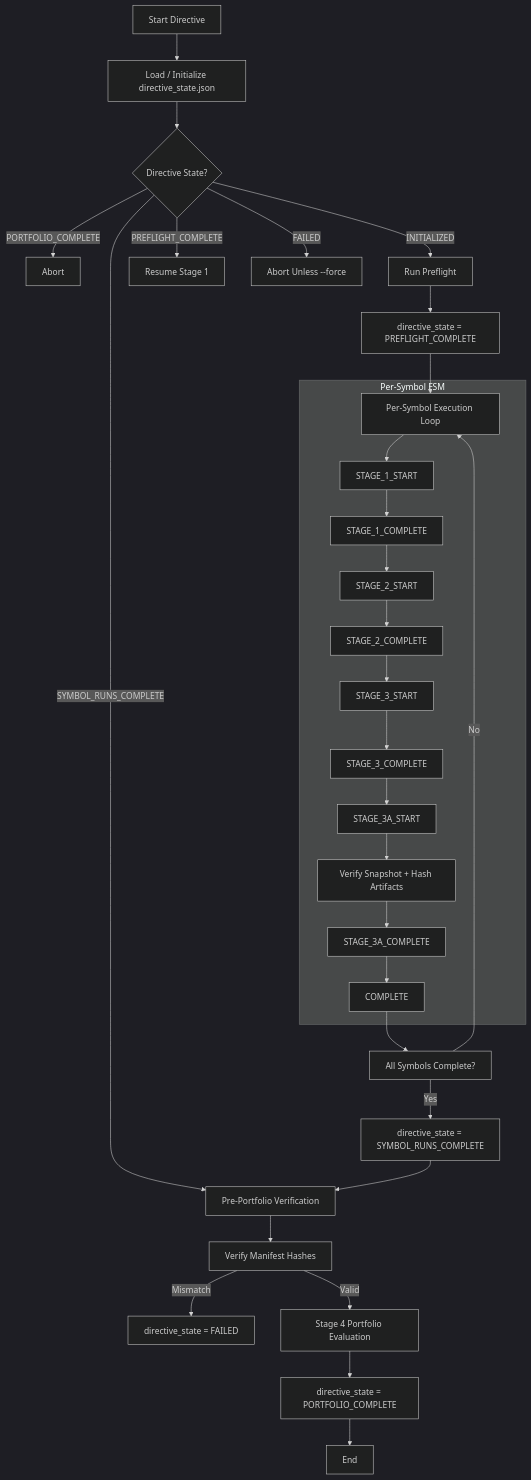
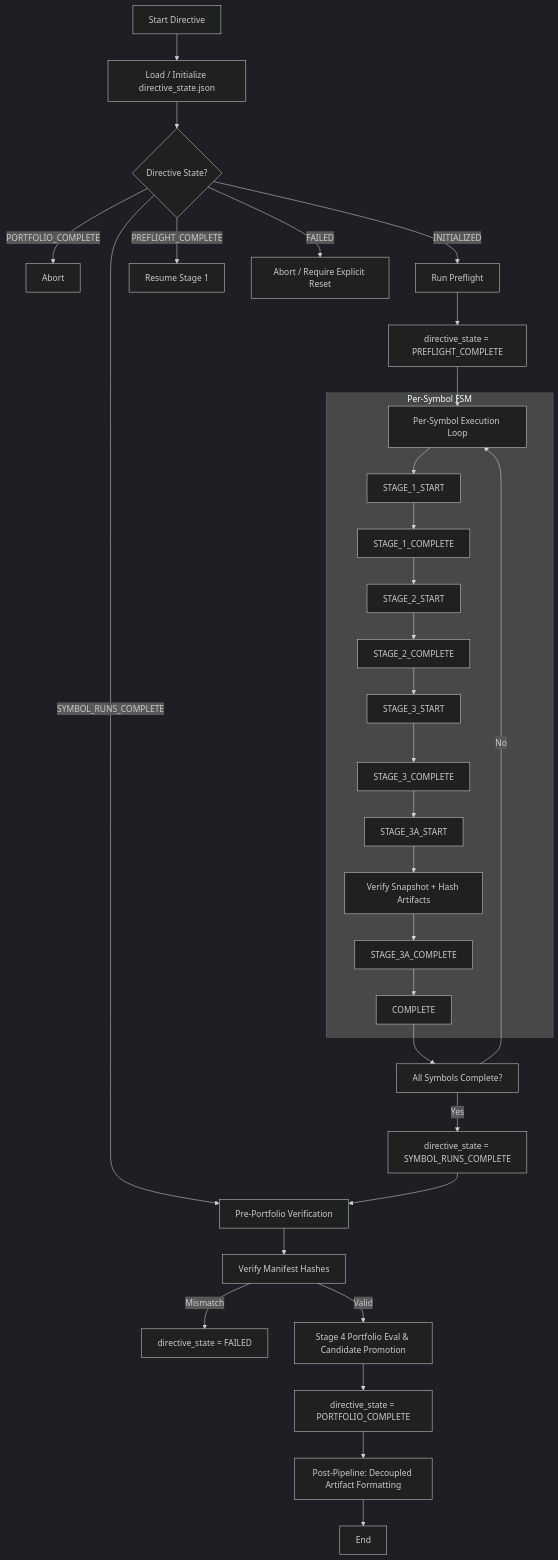
The diagram in outputs/system_reports/01_system_architecture/pipeline_flow.md (kitealert7-source/Trade-Scan-), drawn with Mermaid (dark theme) before and after one commit. The commit also changed other lines of this file and 164 other files, not shown here.

````diff
--- a/outputs/system_reports/01_system_architecture/pipeline_flow.md
+++ b/outputs/system_reports/01_system_architecture/pipeline_flow.md
@@ -3,43 +3,44 @@
 ``` mermaid
 flowchart TD
 
     A[Start Directive] --> B[Load / Initialize directive_state.json]
     B --> C{Directive State?}
 
     C -->|PORTFOLIO_COMPLETE| Z1[Abort]
     C -->|INITIALIZED| D[Run Preflight]
     C -->|PREFLIGHT_COMPLETE| E[Resume Stage 1]
     C -->|SYMBOL_RUNS_COMPLETE| P[Go to Stage 4]
-    C -->|FAILED| Z2[Abort Unless --force]
+    C -->|FAILED| Z2[Abort / Require Explicit Reset]
 
     D --> D1[directive_state = PREFLIGHT_COMPLETE]
 
     D1 --> F[Per-Symbol Execution Loop]
 
     subgraph SYMBOL_EXECUTION [Per-Symbol FSM]
         F --> S1[STAGE_1_START]
         S1 --> S2[STAGE_1_COMPLETE]
         S2 --> S3[STAGE_2_START]
         S3 --> S4[STAGE_2_COMPLETE]
         S4 --> S5[STAGE_3_START]
         S5 --> S6[STAGE_3_COMPLETE]
         S6 --> S7[STAGE_3A_START]
         S7 --> S8[Verify Snapshot + Hash Artifacts]
         S8 --> S9[STAGE_3A_COMPLETE]
         S9 --> S10[COMPLETE]
     end
 
     S10 --> G[All Symbols Complete?]
 
     G -->|No| F
     G -->|Yes| H[directive_state = SYMBOL_RUNS_COMPLETE]
 
     H --> P[Pre-Portfolio Verification]
 
     P --> P1[Verify Manifest Hashes]
     P1 -->|Mismatch| Z3[directive_state = FAILED]
-    P1 -->|Valid| Q[Stage 4 Portfolio Evaluation]
+    P1 -->|Valid| Q[Stage 4 Portfolio Eval & Candidate Promotion]
 
     Q --> R[directive_state = PORTFOLIO_COMPLETE]
-    R --> END[End]
+    R --> S[Post-Pipeline: Decoupled Artifact Formatting]
+    S --> END[End]
 ```
````
